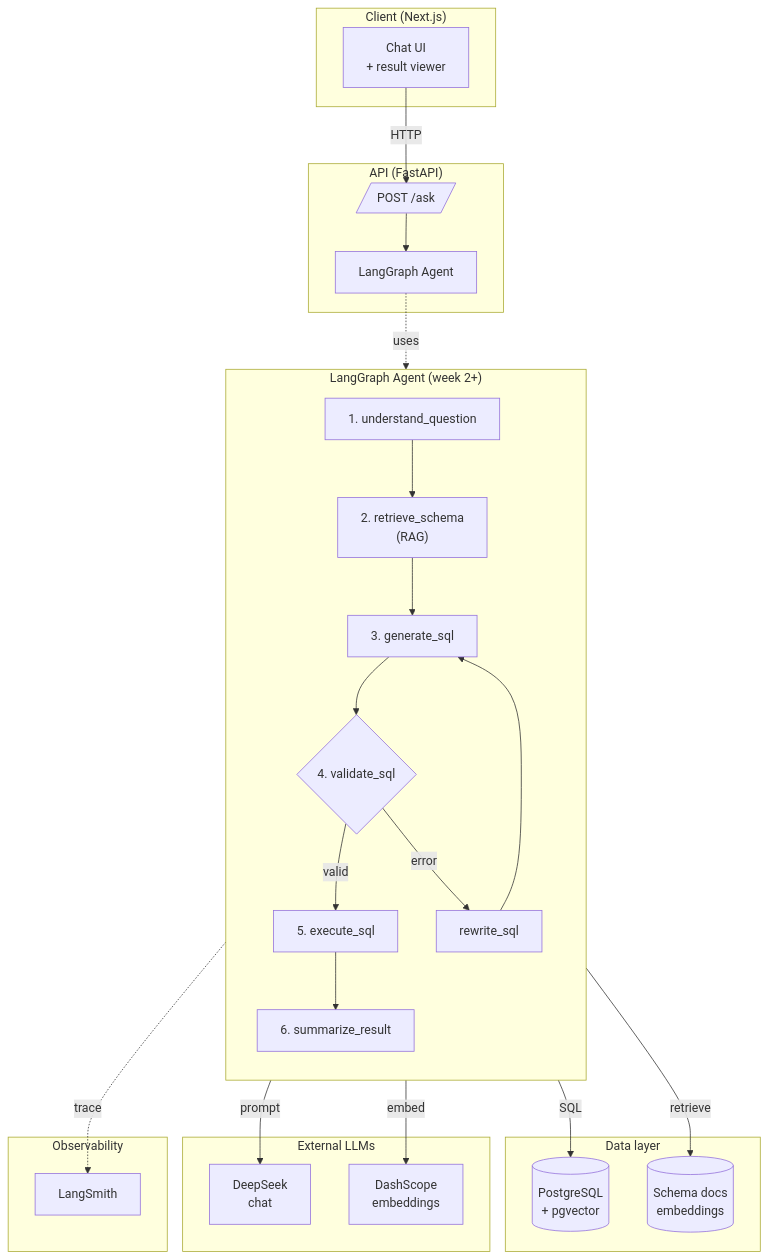
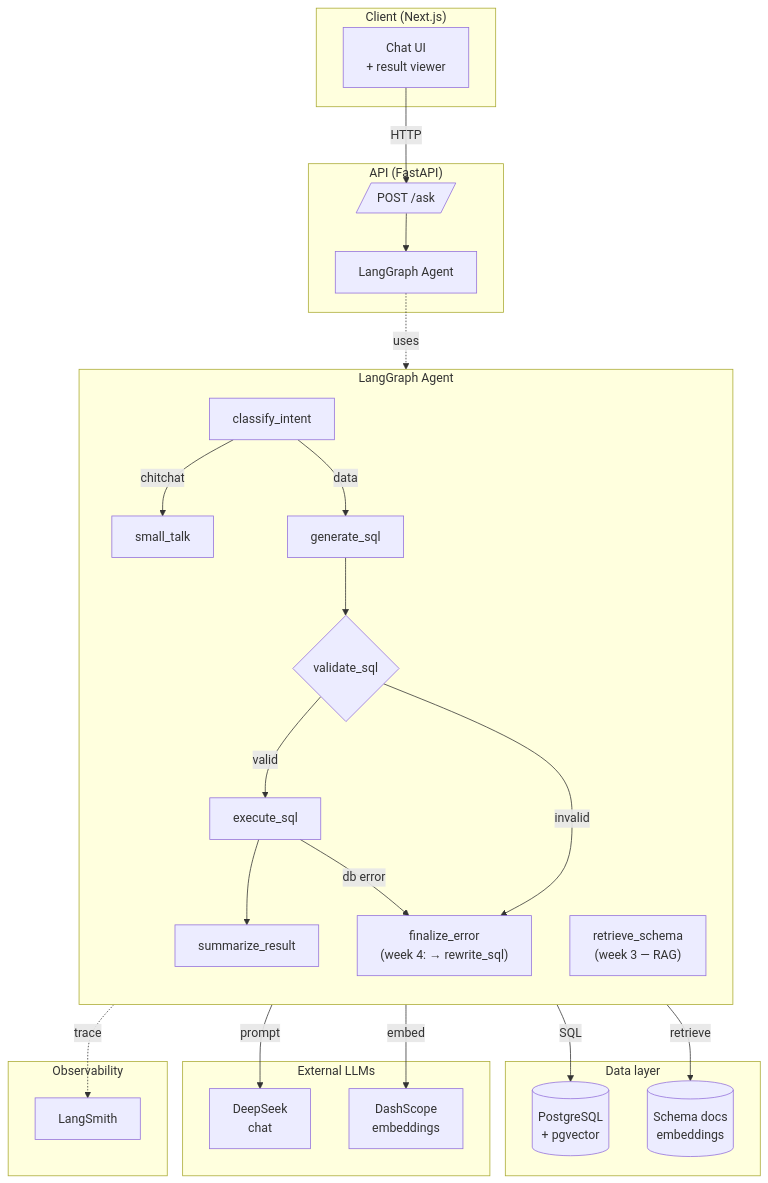
The diagram in docs/architecture.md (rachel-zhang-dev/data-copilot), drawn with Mermaid before and after one commit. The commit also changed other lines of this file and 21 other files, not shown here.

First line of the commit message:
feat(agent): week 2 — single-table text-to-SQL pipeline

````diff
--- a/docs/architecture.md
+++ b/docs/architecture.md
@@ -7,49 +7,53 @@
 ```mermaid
 flowchart TB
     subgraph Client["Client (Next.js)"]
         UI[Chat UI<br/>+ result viewer]
     end
 
     subgraph API["API (FastAPI)"]
         Endpoint[/POST /ask/]
         Graph["LangGraph Agent"]
     end
 
-    subgraph Agent["LangGraph Agent (week 2+)"]
+    subgraph Agent["LangGraph Agent"]
         direction TB
-        N1["1. understand_question"]
-        N2["2. retrieve_schema<br/>(RAG)"]
-        N3["3. generate_sql"]
-        N4{"4. validate_sql"}
-        N5["5. execute_sql"]
-        N6["6. summarize_result"]
-        N7["rewrite_sql"]
+        N1["classify_intent"]
+        N1b["small_talk"]
+        N2["retrieve_schema<br/>(week 3 — RAG)"]
+        N3["generate_sql"]
+        N4{"validate_sql"}
+        N5["execute_sql"]
+        N6["summarize_result"]
+        N7["finalize_error<br/>(week 4: → rewrite_sql)"]
 
-        N1 --> N2 --> N3 --> N4
+        N1 -- chitchat --> N1b
+        N1 -- data --> N3
+        N3 --> N4
         N4 -- valid --> N5 --> N6
-        N4 -- error --> N7 --> N3
+        N4 -- invalid --> N7
+        N5 -- db error --> N7
     end
 
     subgraph Data["Data layer"]
         PG[(PostgreSQL<br/>+ pgvector)]
         Schema[(Schema docs<br/>embeddings)]
     end
 
     subgraph LLM["External LLMs"]
         DS[DeepSeek<br/>chat]
         DSE[DashScope<br/>embeddings]
     end
 
     subgraph Obs["Observability"]
         LS[LangSmith]
     end
 
     UI -->|HTTP| Endpoint
     Endpoint --> Graph
     Graph -. uses .-> Agent
     Agent -->|SQL| PG
     Agent -->|retrieve| Schema
     Agent -->|prompt| DS
     Agent -->|embed| DSE
     Agent -. trace .-> LS
 ```
````
